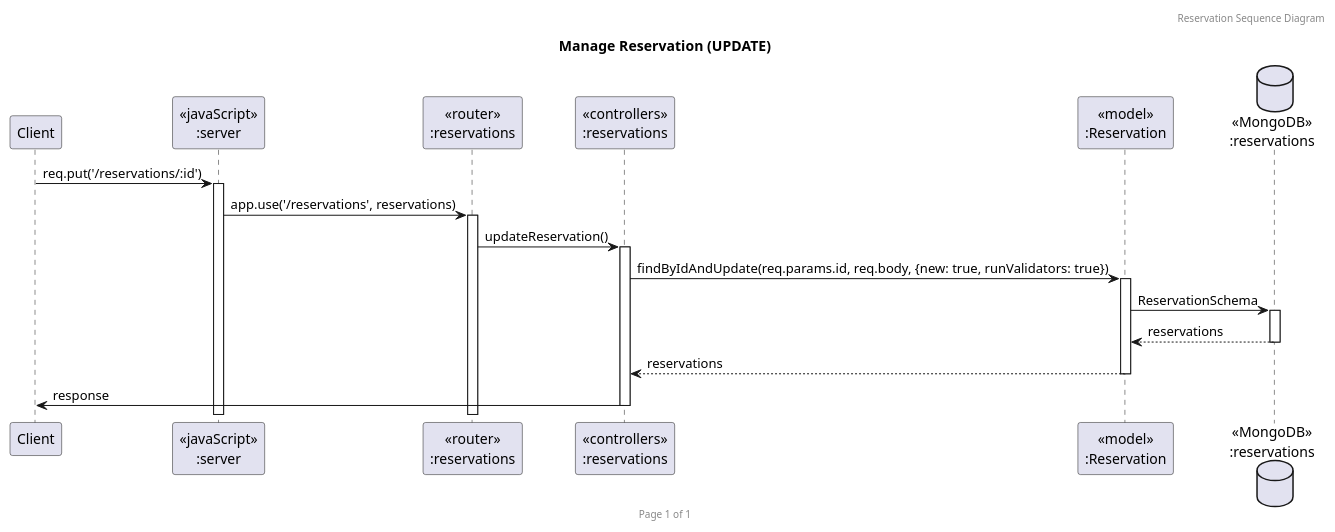
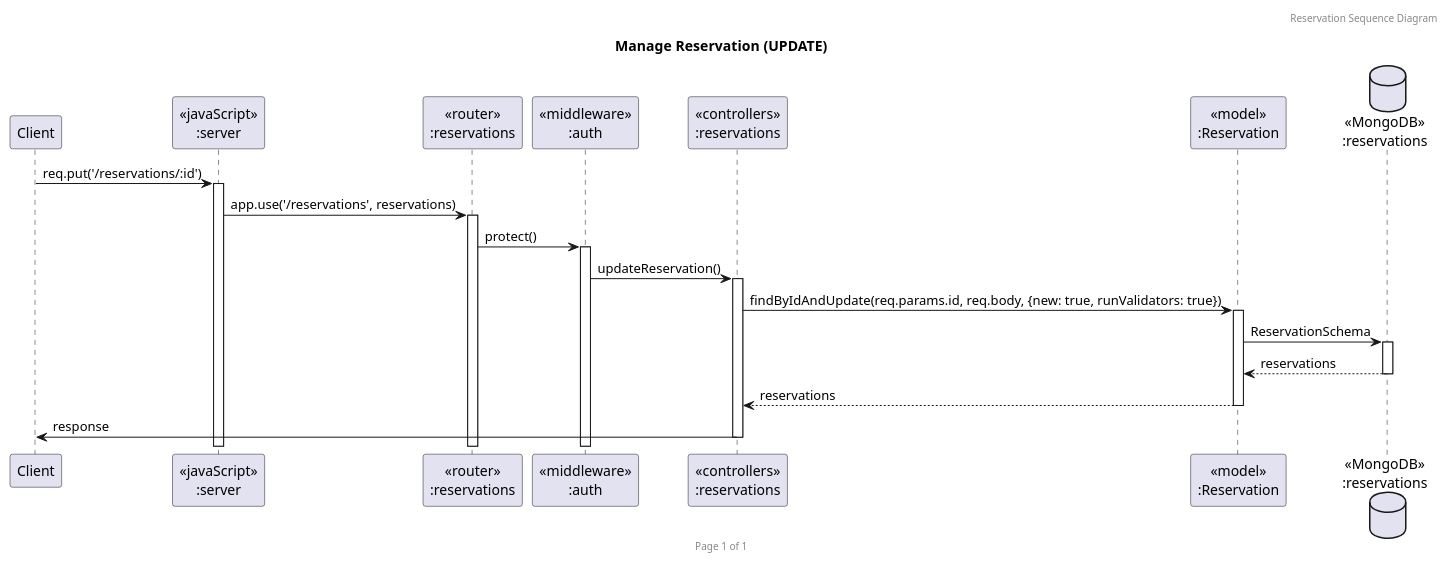
The diagram in UpdateRes.puml (2110503TACEDT66/presentation-day-1-organic-soi-ju), drawn with PlantUML before and after one commit. The commit also changed 3 other files, not shown here.

```diff
--- a/UpdateRes.puml
+++ b/UpdateRes.puml
@@ -1,23 +1,25 @@
 @startuml Manage Reservation (UPDATE)
 
 header Reservation Sequence Diagram
 footer Page %page% of %lastpage%
 title "Manage Reservation (UPDATE)"
 
 participant "Client" as client
 participant "<<javaScript>>\n:server" as server
 participant "<<router>>\n:reservations" as routerReservations
+participant "<<middleware>>\n:auth" as middleware
 participant "<<controllers>>\n:reservations" as controllersReservations
 participant "<<model>>\n:Reservation" as modelReservation
 database "<<MongoDB>>\n:reservations" as ReservationsDatabase
 
 client->server ++:req.put('/reservations/:id')
 server->routerReservations ++:app.use('/reservations', reservations)
-routerReservations -> controllersReservations ++:updateReservation()
+routerReservations -> middleware ++: protect()
+middleware -> controllersReservations ++:updateReservation()
 controllersReservations -> modelReservation ++: findByIdAndUpdate(req.params.id, req.body, {new: true, runValidators: true})
 modelReservation ->ReservationsDatabase ++: ReservationSchema
 ReservationsDatabase --> modelReservation --: reservations
 controllersReservations <-- modelReservation --:reservations
 controllersReservations->client --:response
 
 @enduml
```
